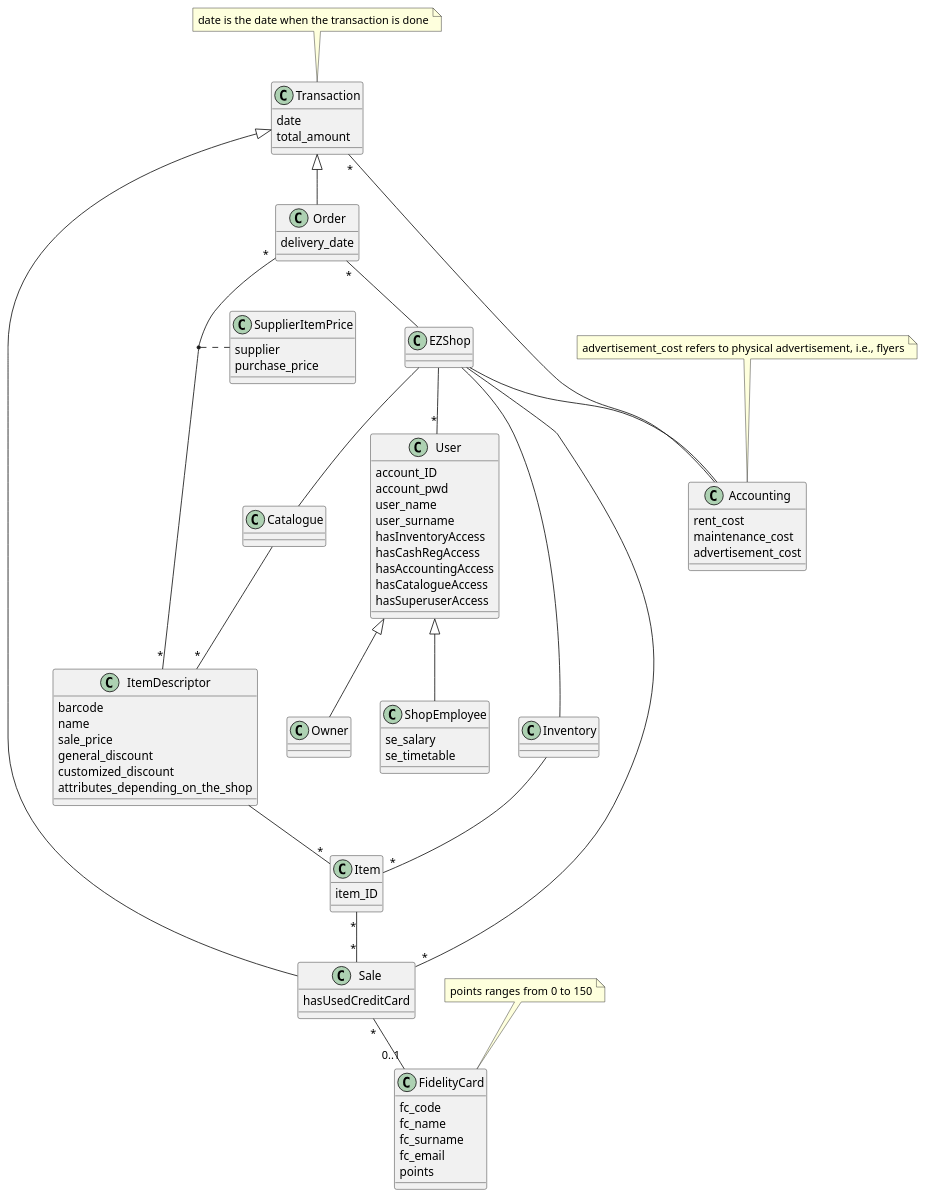
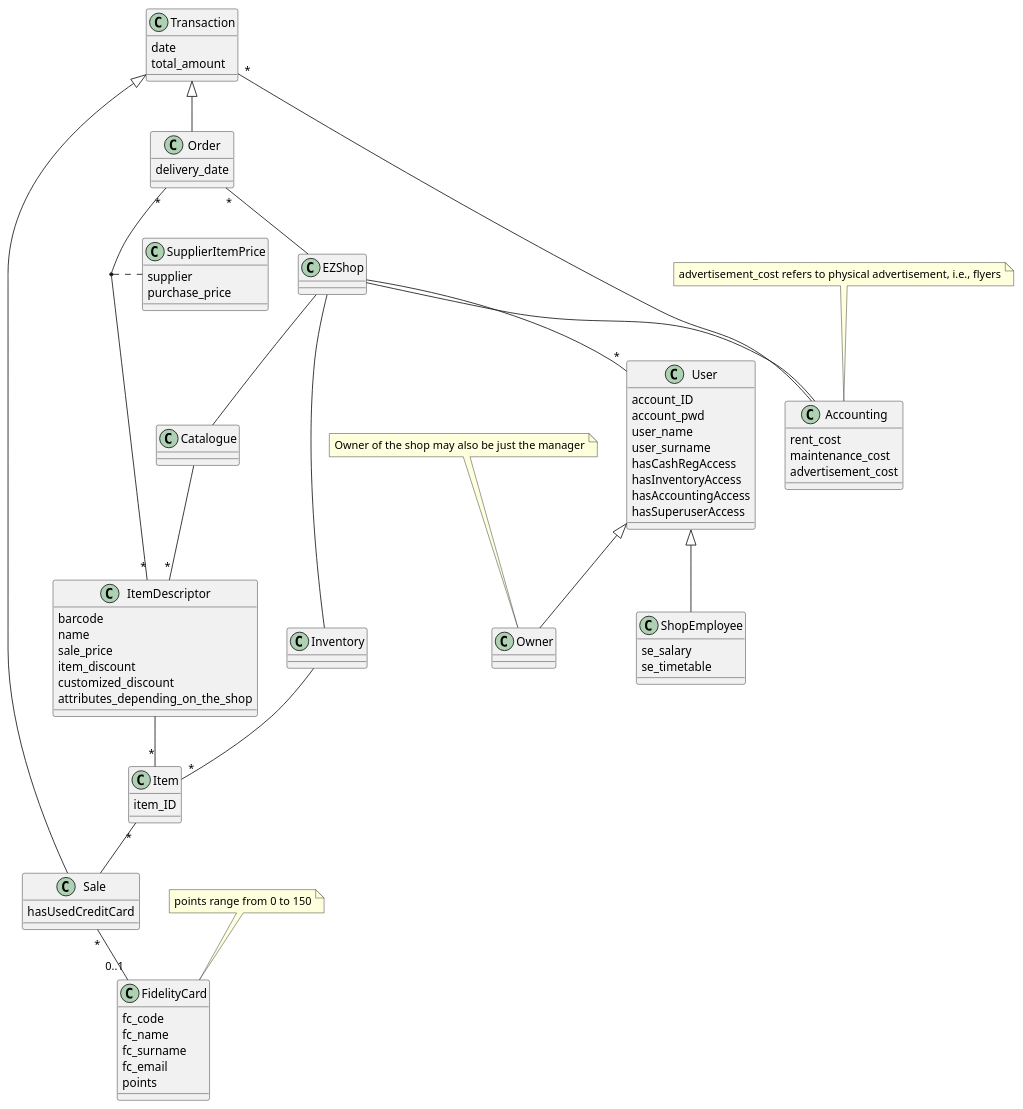
One commit to b3xul/ezshop changed the third of 4 diagrams in Deliverables/RequirementsDocument.md. Above: the diagram before and after it, drawn with PlantUML. The commit also changed other lines of this file and 1 other file, not shown here.

```diff
--- a/Deliverables/RequirementsDocument.md
+++ b/Deliverables/RequirementsDocument.md
@@ -466,13 +452,14 @@
     account_pwd
     user_name
     user_surname
+    hasCashRegAccess
     hasInventoryAccess
-    hasCashRegAccess
     hasAccountingAccess
-    hasCatalogueAccess
     hasSuperuserAccess
 }
 class Owner
+note "Owner of the shop may also be just the manager" as N1
+N1 .. Owner
 
 class ShopEmployee{
     se_salary
@@ -494,7 +481,7 @@
     barcode
     name
     sale_price
-    general_discount
+    item_discount
     customized_discount
     attributes_depending_on_the_shop
 }
@@ -507,8 +494,7 @@
 class Sale{
     hasUsedCreditCard
 }
-note "date is the date when the transaction is done" as N1
-N1 .. Transaction
+
 class FidelityCard{
     fc_code
     fc_name
@@ -516,7 +502,7 @@
     fc_email
     points
 }
-note "points ranges from 0 to 150" as N2
+note "points range from 0 to 150" as N2
 N2 .. FidelityCard
 
 class Accounting{
@@ -533,7 +519,6 @@
 EZShop -- "*" User
 EZShop -- Catalogue
 EZShop -- Inventory
-EZShop -- "*" Sale
 EZShop -- Accounting
 
 Catalogue -- "*" ItemDescriptor
@@ -541,7 +526,7 @@
 Inventory -- "*" Item
 
 
-Item "*" -- "*" Sale
+Item "*" -- Sale
 Sale "*" -- "0..1" FidelityCard
 
 Order "*" -- EZShop
```
